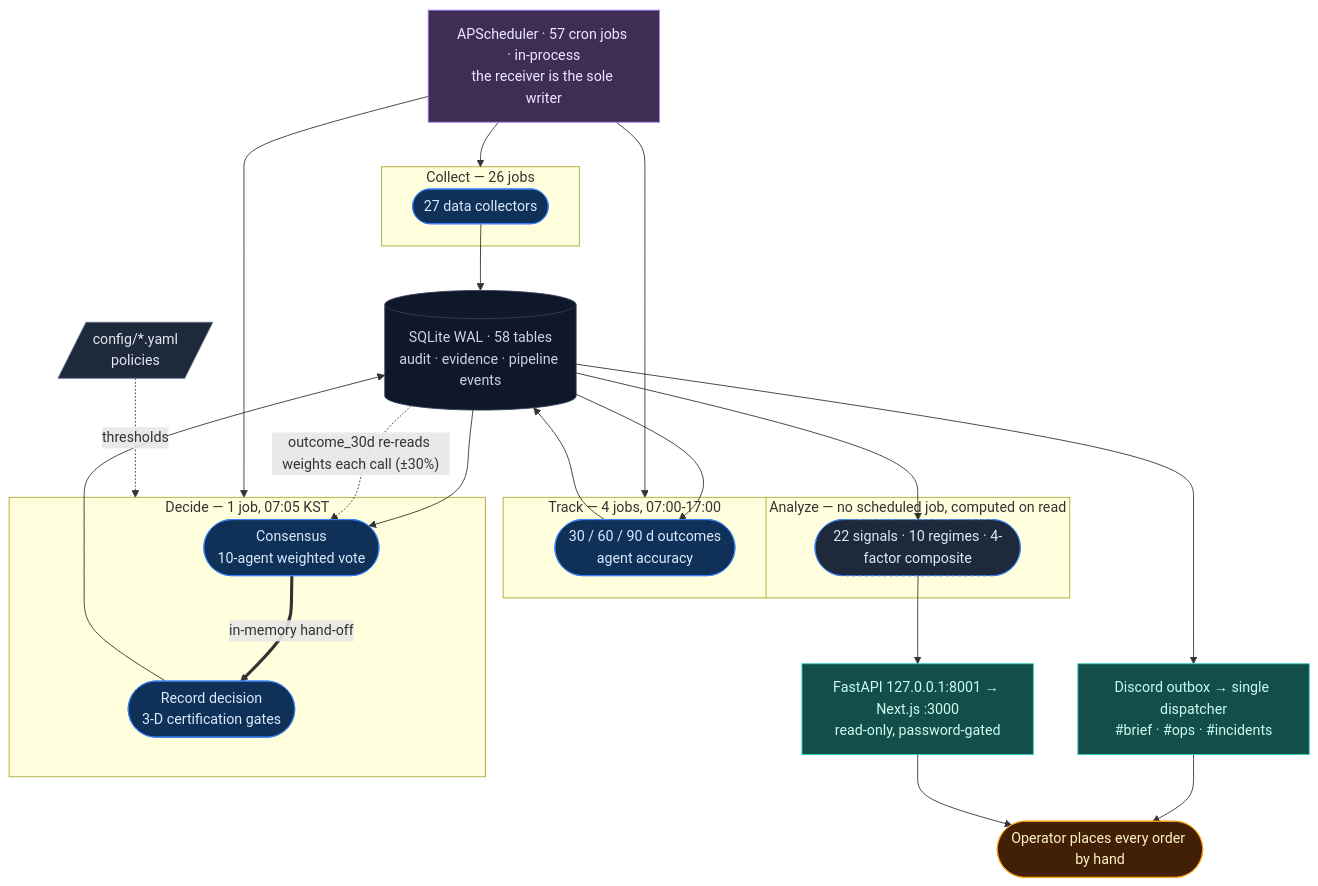
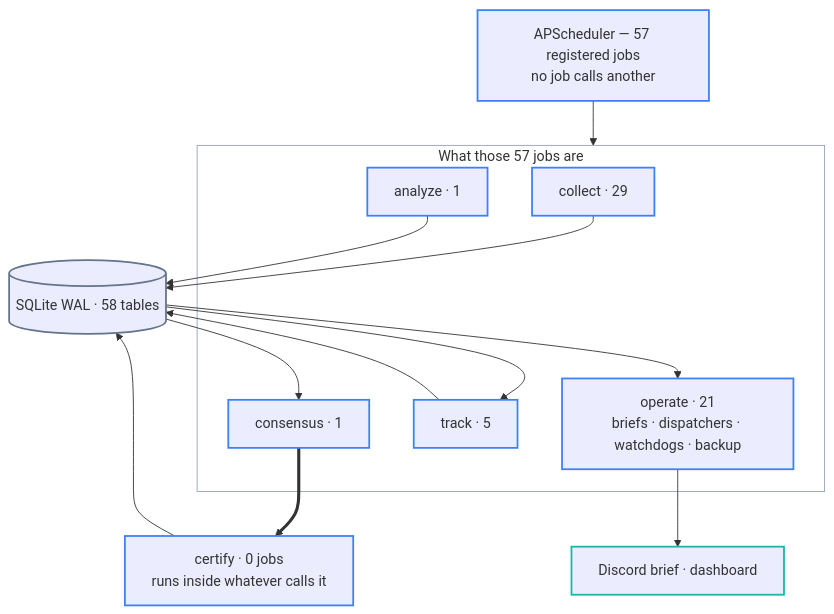
The second of 4 diagrams in README.md (researcherhojin/nuri-quant), drawn with Mermaid before and after one commit. The commit also changed other lines of this file and 5 other files, not shown here.

First line of the commit message:
docs(readme): redraw the diagrams and correct what the prose got wrong

````diff
--- a/README.md
+++ b/README.md
@@ -55,53 +83,35 @@
 ```mermaid
 flowchart TB
-    SCHED["APScheduler · 57 cron jobs · in-process<br/>the receiver is the sole writer"]:::driver
-    CFG[/"config/*.yaml<br/>policies"/]:::source
+    CLOCK["APScheduler — 57 registered jobs<br/>no job calls another"]
 
-    subgraph Collect["Collect — 26 jobs"]
-        COL(["27 data collectors"]):::pipe
-    end
-    subgraph Decide["Decide — 1 job, 07:05 KST"]
-        CON(["Consensus<br/>10-agent weighted vote"]):::pipe
-        CER(["Record decision<br/>3-D certification gates"]):::pipe
-        CON ==>|in-memory hand-off| CER
-    end
-    subgraph Track["Track — 4 jobs, 07:00-17:00"]
-        TRK(["30 / 60 / 90 d outcomes<br/>agent accuracy"]):::pipe
-    end
-    subgraph Analyze["Analyze — no scheduled job, computed on read"]
-        ANA(["22 signals · 10 regimes · 4-factor composite"]):::lazy
+    subgraph JOBS["What those 57 jobs are"]
+        JC["collect · 29"]
+        JA["analyze · 1"]
+        JD["consensus · 1"]
+        JT["track · 5"]
+        JO["operate · 21<br/>briefs · dispatchers · watchdogs · backup"]
     end
 
-    DB[("SQLite WAL · 58 tables<br/>audit · evidence · pipeline events")]:::sink
+    DB[("SQLite WAL · 58 tables")]
+    CERT["certify · 0 jobs<br/>runs inside whatever calls it"]
+    OUT["Discord brief · dashboard"]
 
-    SCHED --> Collect
-    SCHED --> Decide
-    SCHED --> Track
-    CFG -. thresholds .-> Decide
+    CLOCK --> JOBS
+    JC --> DB
+    JA --> DB
+    DB --> JD
+    JD ==> CERT
+    CERT --> DB
+    DB --> JT
+    JT --> DB
+    DB --> JO --> OUT
 
-    COL --> DB
-    DB --> CON
-    CER --> DB
-    DB --> TRK
-    TRK --> DB
-    DB -. "outcome_30d re-reads weights each call (±30%)" .-> CON
-
-    DB --> ANA
-    ANA --> READ
-    DB --> BRIEF
-
-    BRIEF["Discord outbox → single dispatcher<br/>#brief · #ops · #incidents"]:::out
-    READ["FastAPI 127.0.0.1:8001 → Next.js :3000<br/>read-only, password-gated"]:::out
-    USER(["Operator places every order by hand"]):::user
-
-    BRIEF --> USER
-    READ --> USER
-
-    classDef driver fill:#3f2d56,stroke:#a78bfa,color:#ede9fe
-    classDef source fill:#1e293b,stroke:#64748b,color:#e2e8f0
-    classDef pipe   fill:#0f3057,stroke:#3b82f6,color:#dbeafe
-    classDef lazy   fill:#1e293b,stroke:#3b82f6,color:#dbeafe,stroke-dasharray: 4 3
-    classDef sink   fill:#0f172a,stroke:#334155,color:#cbd5e1
-    classDef out    fill:#134e4a,stroke:#2dd4bf,color:#ccfbf1
-    classDef user   fill:#422006,stroke:#f59e0b,color:#fef3c7
+    classDef step  stroke:#3b82f6,stroke-width:2px
+    classDef store stroke:#64748b,stroke-width:2px
+    classDef out   stroke:#14b8a6,stroke-width:2px
+    classDef zone  fill:none,stroke:#94a3b8,stroke-width:1px
+    class CLOCK,JC,JA,JD,JT,JO,CERT step
+    class DB store
+    class OUT out
+    class JOBS zone
 ```
````
